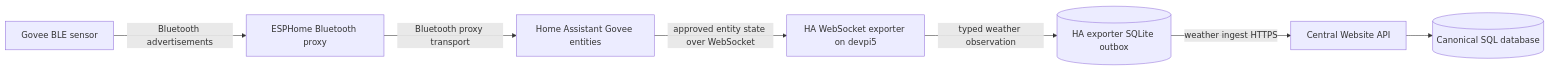
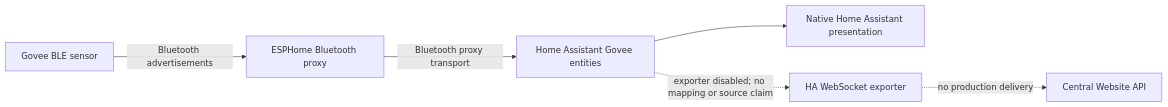
The seventh of 7 diagrams in docs/architecture/EDGE_DATA_FLOWS.md (HualapaiValley/HVO.WebSite), drawn with Mermaid before and after one commit. The commit also changed other lines of this file and 256 other files, not shown here.

````diff
--- a/docs/architecture/EDGE_DATA_FLOWS.md
+++ b/docs/architecture/EDGE_DATA_FLOWS.md
@@ -181,9 +160,8 @@
 ```mermaid
 flowchart LR
     GOVEE[Govee BLE sensor] -->|Bluetooth advertisements| PROXY[ESPHome Bluetooth proxy]
     PROXY -->|Bluetooth proxy transport| HA[Home Assistant Govee entities]
-    HA -->|approved entity state over WebSocket| EXP[HA WebSocket exporter on devpi5]
-    EXP -->|typed weather observation| OUT[(HA exporter SQLite outbox)]
-    OUT -->|weather ingest HTTPS| API[Central Website API]
-    API --> DB[(Canonical SQL database)]
+    HA --> PRESENT[Native Home Assistant presentation]
+    HA -. exporter disabled; no mapping or source claim .-> EXP[HA WebSocket exporter]
+    EXP -. no production delivery .-> API[Central Website API]
 ```
````
